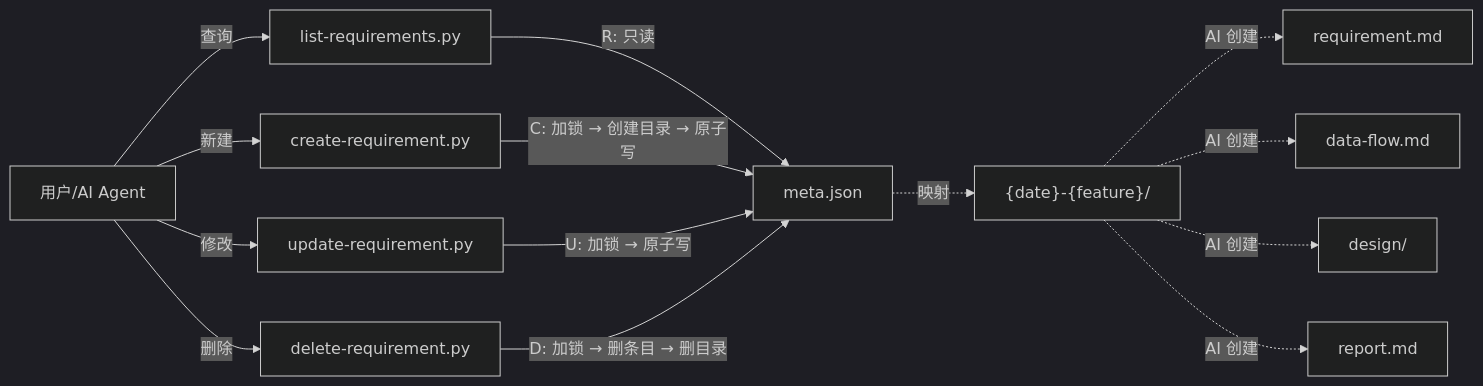
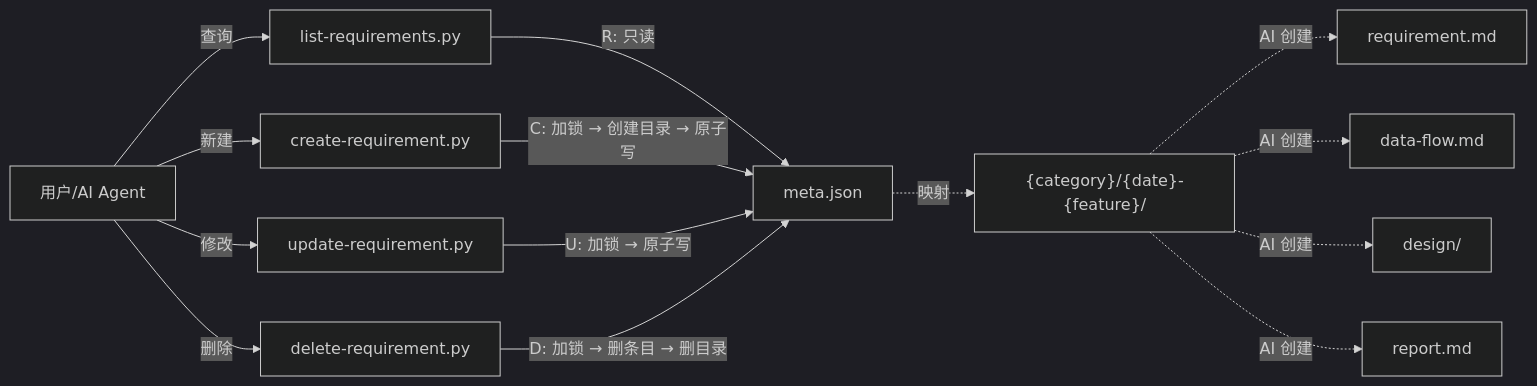
Before and after one commit to HACK-WU/skills: the fifth of 6 diagrams in docs/requirement-mgr-guide.md, drawn with Mermaid (dark theme). The commit also changed other lines of this file, not shown here.

````diff
--- a/docs/requirement-mgr-guide.md
+++ b/docs/requirement-mgr-guide.md
@@ -595,18 +598,18 @@
 ```mermaid
 flowchart LR
     User["用户/AI Agent"] -->|查询| list["list-requirements.py"]
     User -->|新建| create["create-requirement.py"]
     User -->|修改| update["update-requirement.py"]
     User -->|删除| delete["delete-requirement.py"]
     
     list -->|"R: 只读"| Meta["meta.json"]
     create -->|"C: 加锁 → 创建目录 → 原子写"| Meta
     update -->|"U: 加锁 → 原子写"| Meta
     delete -->|"D: 加锁 → 删条目 → 删目录"| Meta
     
-    Meta -.->|映射| RequirementDir["{date}-{feature}/"]
+    Meta -.->|映射| RequirementDir["{category}/{date}-{feature}/"]
     RequirementDir -.->|AI 创建| requirement_md["requirement.md"]
     RequirementDir -.->|AI 创建| data_flow["data-flow.md"]
     RequirementDir -.->|AI 创建| Design["design/"]
     RequirementDir -.->|AI 创建| Report["report.md"]
 ```
````
